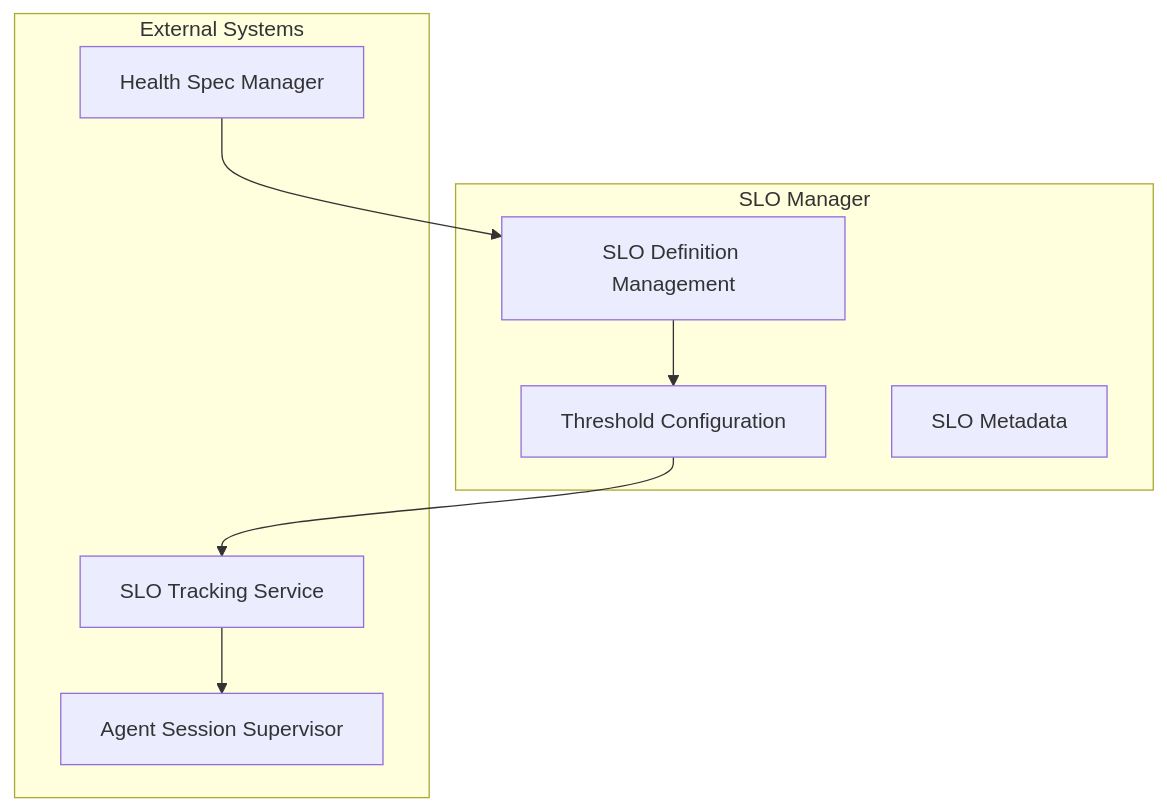
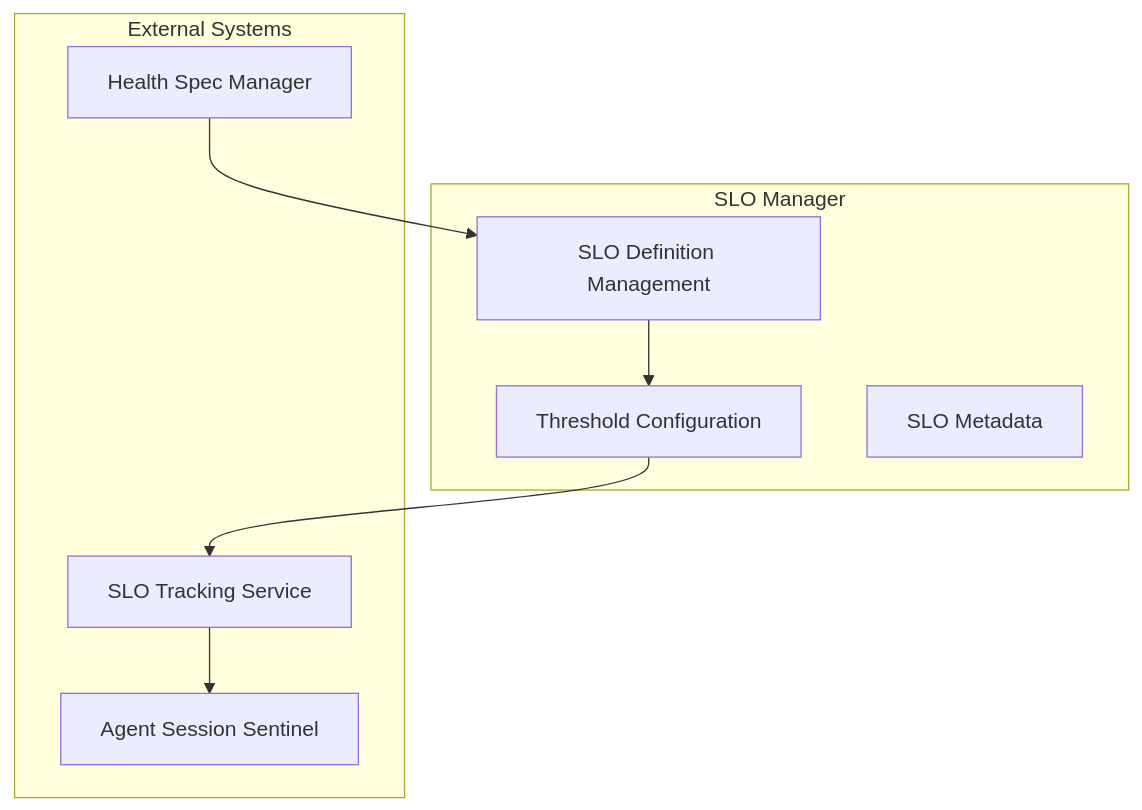
The diagram in olympus-seer-docs/seer-design/subsystems/agent-health-monitor/slo-manager.md (gramki/temp-website), drawn with Mermaid before and after one commit. The commit also changed other lines of this file and 54 other files, not shown here.

````diff
--- a/olympus-seer-docs/seer-design/subsystems/agent-health-monitor/slo-manager.md
+++ b/olympus-seer-docs/seer-design/subsystems/agent-health-monitor/slo-manager.md
@@ -19,19 +19,19 @@
 ```mermaid
 flowchart TB
     subgraph SLOM[SLO Manager]
         SLODefinition[SLO Definition Management]
         ThresholdConfig[Threshold Configuration]
         SLOMetadata[SLO Metadata]
     end
     
     subgraph ExternalSystems[External Systems]
         HSM[Health Spec Manager]
         SLOT[SLO Tracking Service]
-        AgentSessionSupervisor[Agent Session Supervisor]
+        AgentSessionSentinel[Agent Session Sentinel]
     end
     
     HSM --> SLODefinition
     SLODefinition --> ThresholdConfig
     ThresholdConfig --> SLOT
-    SLOT --> AgentSessionSupervisor
+    SLOT --> AgentSessionSentinel
 ```
````
